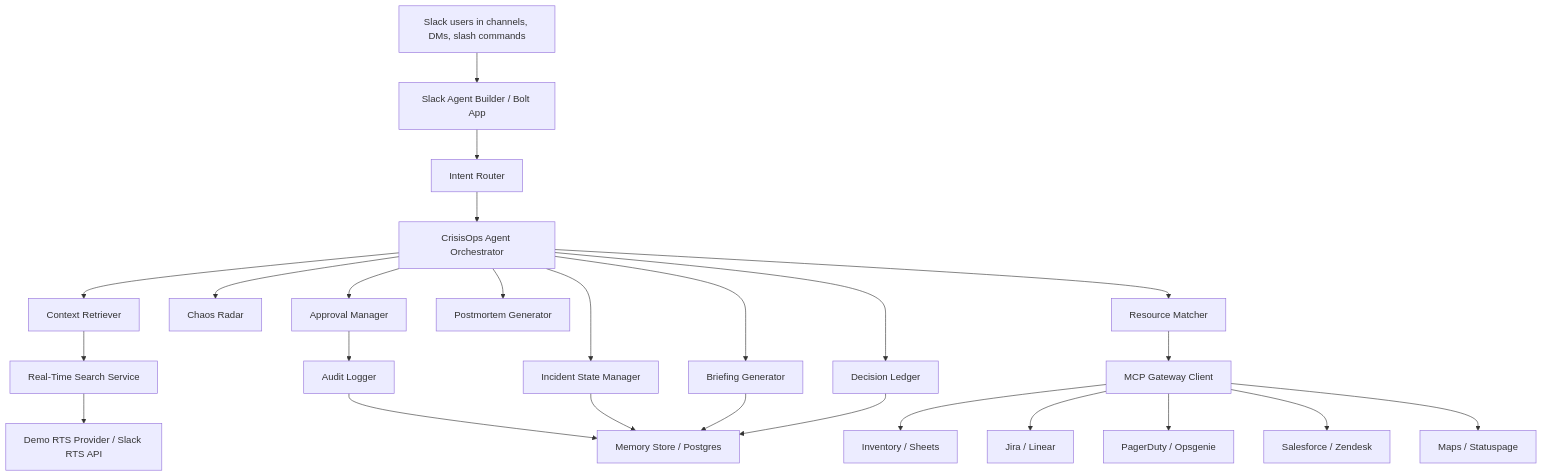
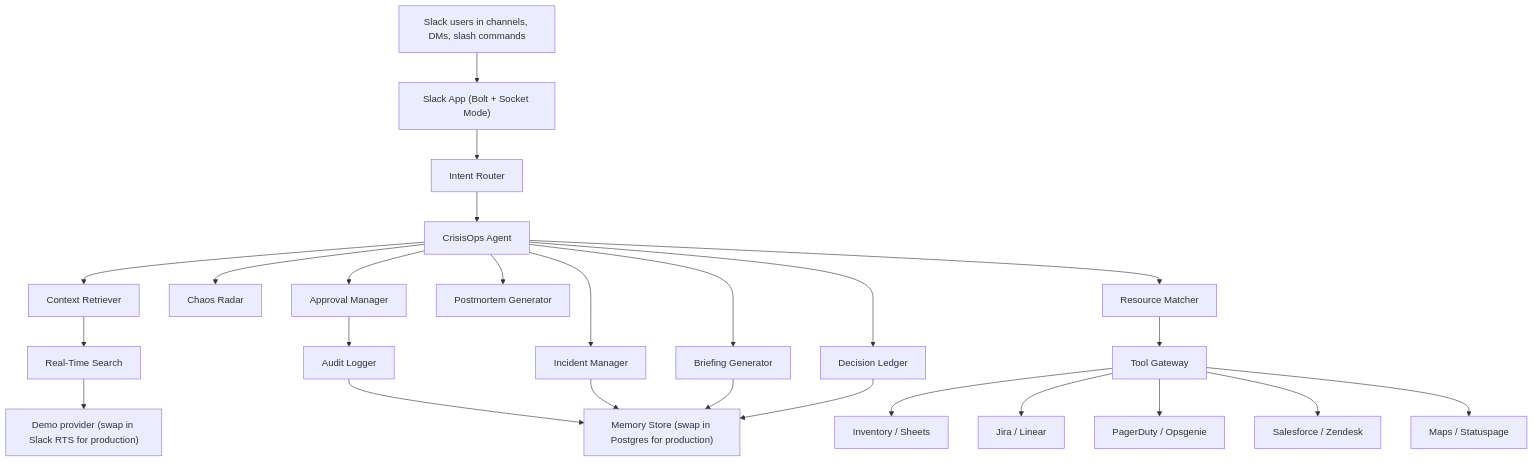
One commit to Ananya6Daitkar/slack-agent- changed the diagram in ARCHITECTURE.md. Above: the diagram before and after it, drawn with Mermaid. The commit also changed other lines of this file and 4 other files, not shown here.

Commit message:
Simplify docs: plain language rewrites for README, SUBMISSION, PITCH_DECK, ARCHITECTURE, MCP

````diff
--- a/ARCHITECTURE.md
+++ b/ARCHITECTURE.md
@@ -3,27 +5,27 @@
 ```mermaid
 flowchart TD
-    A["Slack users in channels, DMs, slash commands"] --> B["Slack Agent Builder / Bolt App"]
+    A["Slack users in channels, DMs, slash commands"] --> B["Slack App (Bolt + Socket Mode)"]
     B --> C["Intent Router"]
-    C --> D["CrisisOps Agent Orchestrator"]
+    C --> D["CrisisOps Agent"]
     D --> E["Context Retriever"]
-    E --> F["Real-Time Search Service"]
-    F --> G["Demo RTS Provider / Slack RTS API"]
+    E --> F["Real-Time Search"]
+    F --> G["Demo provider (swap in Slack RTS for production)"]
     D --> H["Chaos Radar"]
-    D --> I["Incident State Manager"]
+    D --> I["Incident Manager"]
     D --> J["Briefing Generator"]
     D --> K["Resource Matcher"]
     D --> L["Decision Ledger"]
     D --> M["Postmortem Generator"]
-    K --> N["MCP Gateway Client"]
+    K --> N["Tool Gateway"]
     N --> O["Inventory / Sheets"]
     N --> P["Jira / Linear"]
     N --> Q["PagerDuty / Opsgenie"]
     N --> R["Salesforce / Zendesk"]
     N --> S["Maps / Statuspage"]
     D --> T["Approval Manager"]
     T --> U["Audit Logger"]
-    U --> V["Memory Store / Postgres"]
+    U --> V["Memory Store (swap in Postgres for production)"]
     I --> V
     J --> V
     L --> V
 ```
````
